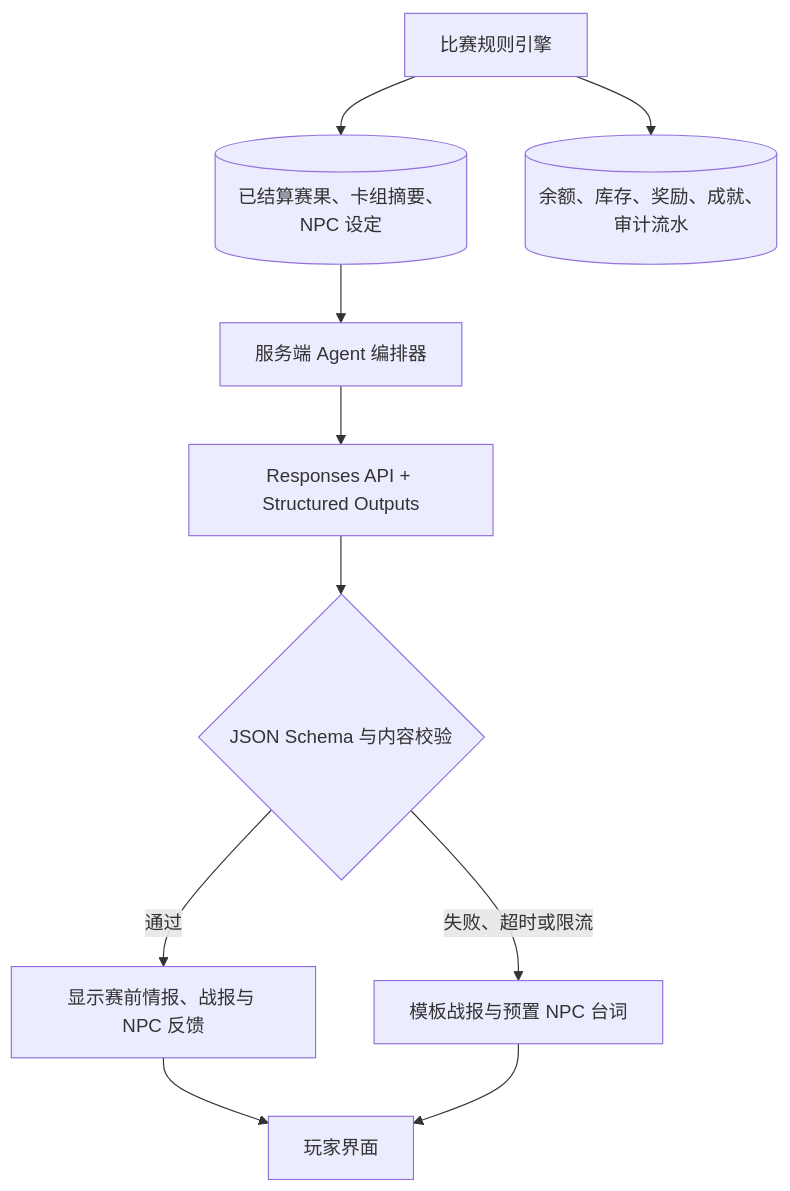
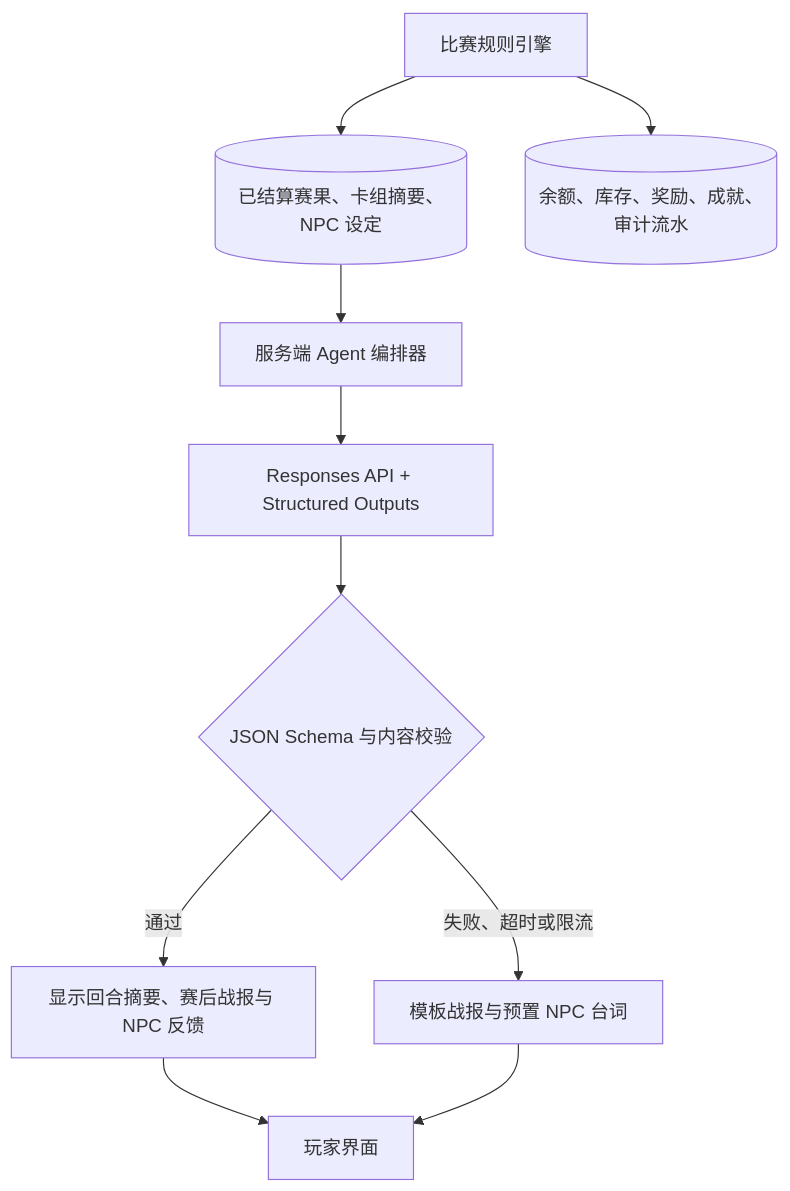
Before and after one commit to Xu-Morgen/mtgMarketSimulater: the third of 4 diagrams in 模拟器主流程与核心验收.md, drawn with Mermaid. The commit also changed other lines of this file and 13 other files, not shown here.

````diff
--- a/模拟器主流程与核心验收.md
+++ b/模拟器主流程与核心验收.md
@@ -86,12 +87,12 @@
 ```mermaid
 flowchart TB
     A[比赛规则引擎] --> B[(已结算赛果、卡组摘要、NPC 设定)]
     B --> C[服务端 Agent 编排器]
     C --> D[Responses API + Structured Outputs]
     D --> E{JSON Schema 与内容校验}
-    E -- 通过 --> F[显示赛前情报、战报与 NPC 反馈]
+    E -- 通过 --> F[显示回合摘要、赛后战报与 NPC 反馈]
     E -- 失败、超时或限流 --> G[模板战报与预置 NPC 台词]
     F --> H[玩家界面]
     G --> H
     A --> I[(余额、库存、奖励、成就、审计流水)]
 ```
````
